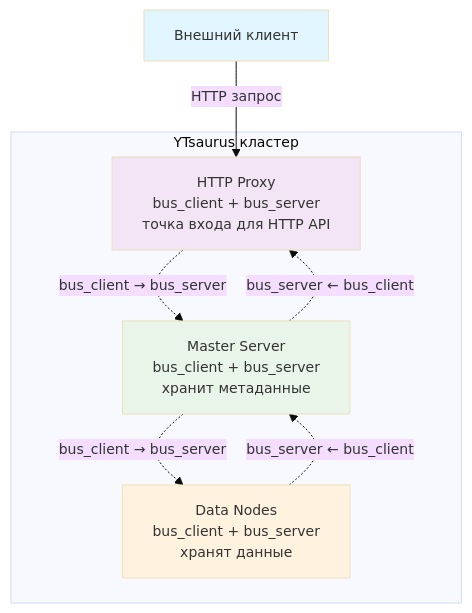
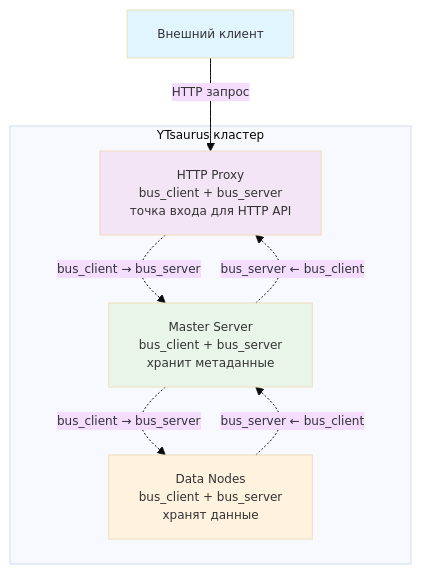
The second of 3 diagrams in yt/docs/ru/_includes/admin-guide/handshake.md (ytsaurus/ytsaurus), drawn with Mermaid before and after one commit. The commit also changed other lines of this file, not shown here.

````diff
--- a/yt/docs/ru/_includes/admin-guide/handshake.md
+++ b/yt/docs/ru/_includes/admin-guide/handshake.md
@@ -24,24 +65,24 @@
 ```mermaid
-%%{init: {'theme':'base', 'themeVariables': { 'fontSize': '14px'}}}%%
+%%{init: {'theme':'base', 'themeVariables': { 'fontSize': '12px'}}}%%
 graph TB
     subgraph "YTsaurus кластер"
         HTTP[HTTP Proxy<br/>bus_client + bus_server<br/>точка входа для HTTP API]
         Master[Master Server<br/>bus_client + bus_server<br/>хранит метаданные]
         Data[Data Nodes<br/>bus_client + bus_server<br/>хранят данные]
     end
-    
+
     Client[Внешний клиент]
-    
+
     Client -->|HTTP запрос| HTTP
     HTTP -.->|bus_client → bus_server| Master
     Master -.->|bus_client → bus_server| Data
-    
+
     %% Обратные соединения
     Master -.->|bus_server ← bus_client| HTTP
     Data -.->|bus_server ← bus_client| Master
-    
+
     style Client fill:#e1f5fe
     style HTTP fill:#f3e5f5
     style Master fill:#e8f5e8
     style Data fill:#fff3e0
 ```
````
